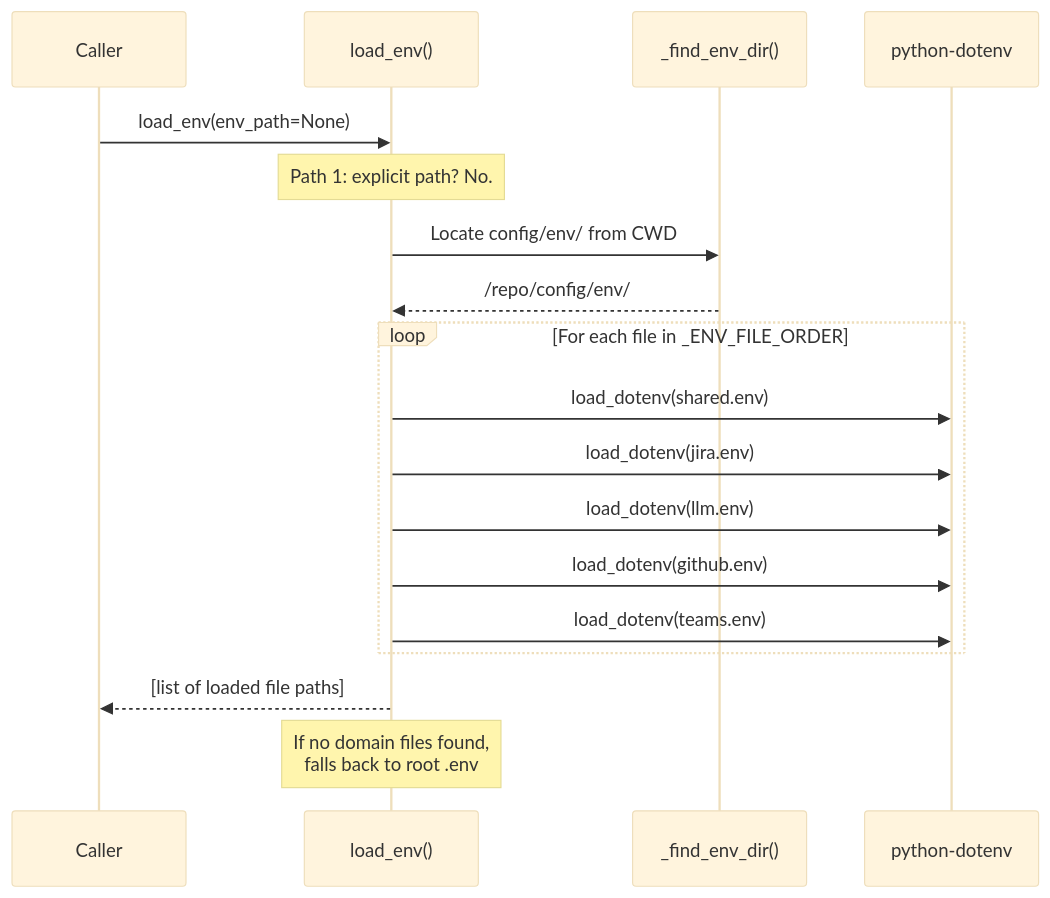
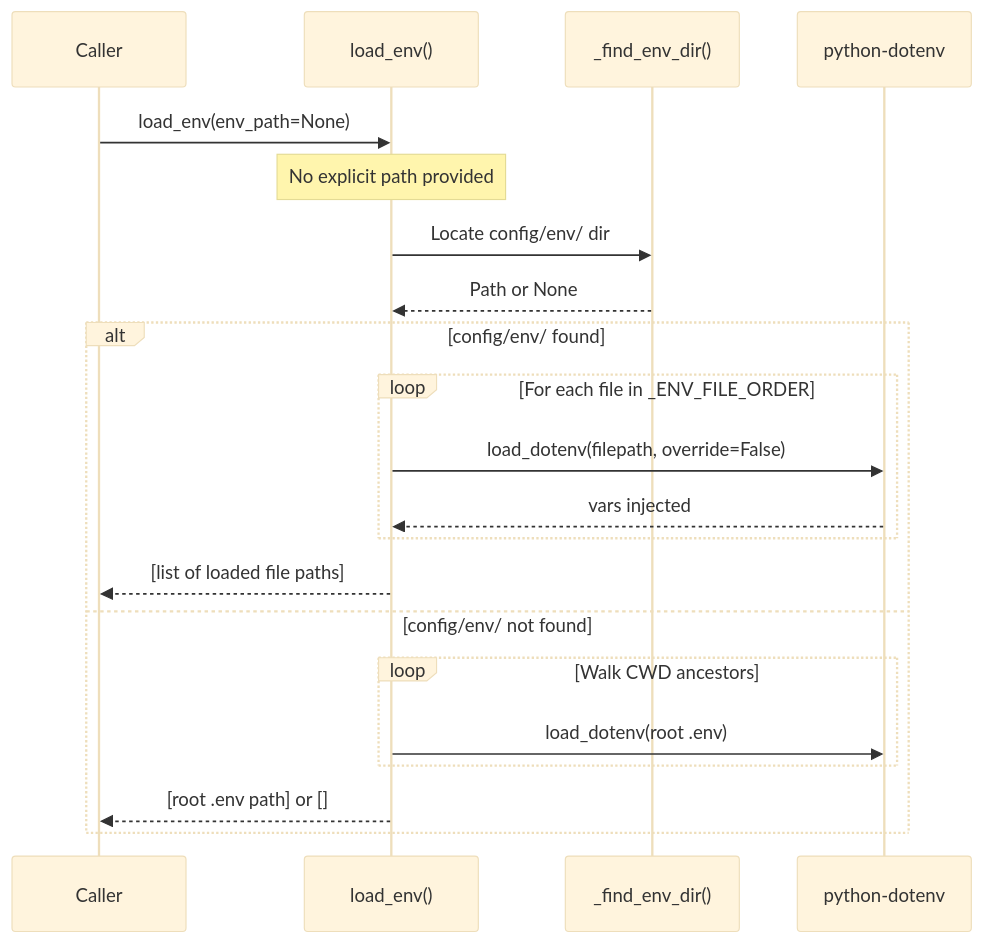
Before and after one commit to jmac-cornelis/agent-workforce: the second of 4 diagrams in docs/config.md, drawn with Mermaid (base theme). The commit also changed other lines of this file and 7 other files, not shown here.

````diff
--- a/docs/config.md
+++ b/docs/config.md
@@ -52,21 +56,24 @@
 ```mermaid
 sequenceDiagram
     participant Caller
     participant load_env as load_env()
     participant _find_env_dir as _find_env_dir()
     participant dotenv as python-dotenv
 
     Caller->>load_env: load_env(env_path=None)
-    Note over load_env: Path 1: explicit path? No.
-    load_env->>_find_env_dir: Locate config/env/ from CWD
-    _find_env_dir-->>load_env: /repo/config/env/
-    loop For each file in _ENV_FILE_ORDER
-        load_env->>dotenv: load_dotenv(shared.env)
-        load_env->>dotenv: load_dotenv(jira.env)
-        load_env->>dotenv: load_dotenv(llm.env)
-        load_env->>dotenv: load_dotenv(github.env)
-        load_env->>dotenv: load_dotenv(teams.env)
+    Note over load_env: No explicit path provided
+    load_env->>_find_env_dir: Locate config/env/ dir
+    _find_env_dir-->>load_env: Path or None
+    alt config/env/ found
+        loop For each file in _ENV_FILE_ORDER
+            load_env->>dotenv: load_dotenv(filepath, override=False)
+            dotenv-->>load_env: vars injected
+        end
+        load_env-->>Caller: [list of loaded file paths]
+    else config/env/ not found
+        loop Walk CWD ancestors
+            load_env->>dotenv: load_dotenv(root .env)
+        end
+        load_env-->>Caller: [root .env path] or []
     end
-    load_env-->>Caller: [list of loaded file paths]
-    Note over load_env: If no domain files found,<br/>falls back to root .env
 ```
````
